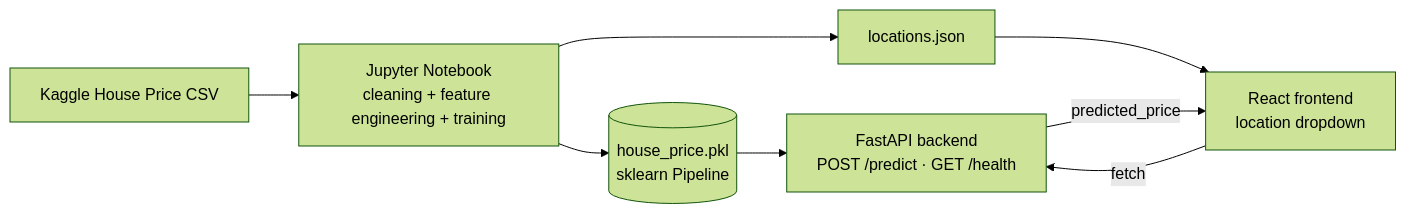
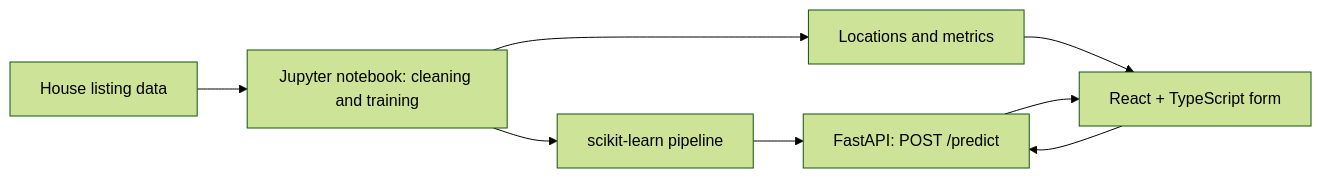
The diagram in house-price-project/README.md (nabilkdarwish/house-price-project), drawn with Mermaid (forest theme) before and after one commit. The commit also changed other lines of this file, not shown here.

````diff
--- a/house-price-project/README.md
+++ b/house-price-project/README.md
@@ -26,10 +13,10 @@
 ```mermaid
 flowchart LR
-    A[Kaggle House Price CSV] --> B[Jupyter Notebook\ncleaning + feature engineering + training]
-    B --> C[(house_price.pkl\nsklearn Pipeline)]
-    B --> D[locations.json]
-    C --> E[FastAPI backend\nPOST /predict · GET /health]
-    D --> F[React frontend\nlocation dropdown]
-    F -- fetch --> E
-    E -- predicted_price --> F
+    A[House listing data] --> B[Jupyter notebook: cleaning and training]
+    B --> C[scikit-learn pipeline]
+    B --> D[Locations and metrics]
+    C --> E[FastAPI: POST /predict]
+    D --> F[React + TypeScript form]
+    F --> E
+    E --> F
 ```
````
